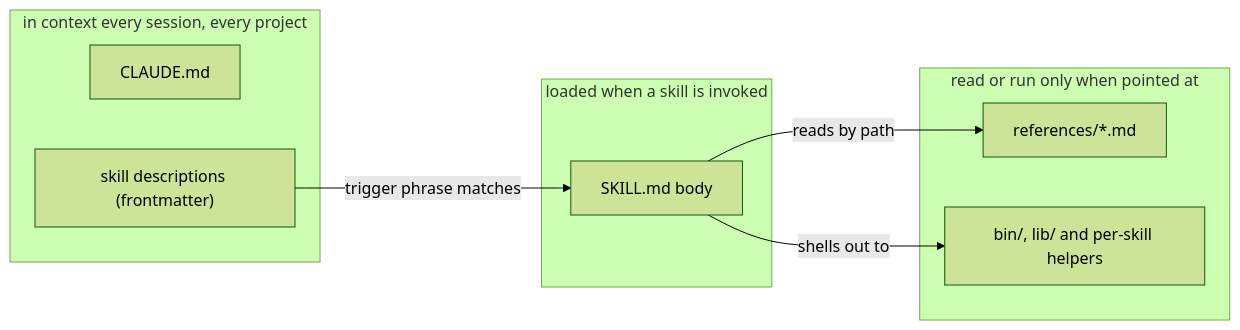
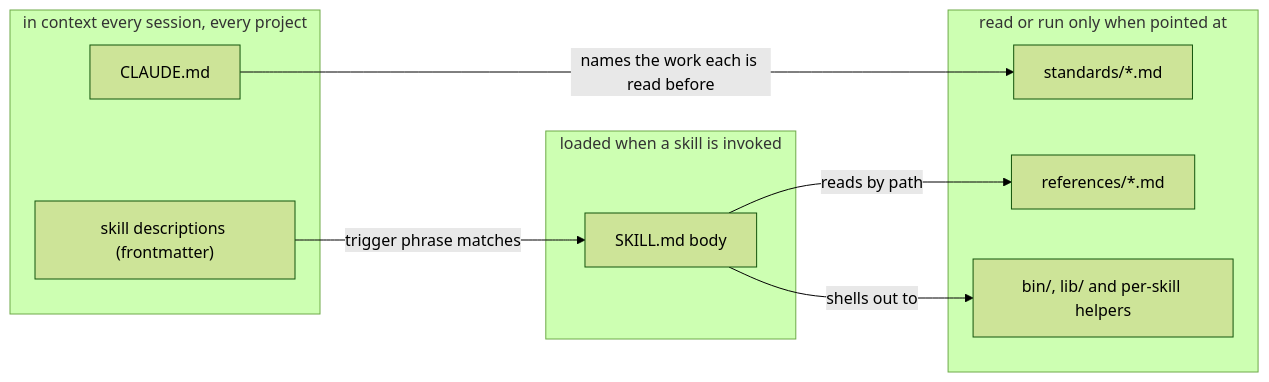
The first of 2 diagrams in docs/design.md (NicoVIII/claude-config), drawn with Mermaid (forest theme) before and after one commit. The commit also changed other lines of this file and 6 other files, not shown here.

````diff
--- a/docs/design.md
+++ b/docs/design.md
@@ -14,17 +16,19 @@
 ```mermaid
 flowchart LR
     subgraph always ["in context every session, every project"]
         CM["CLAUDE.md"]
         DESC["skill descriptions (frontmatter)"]
     end
     subgraph invoked ["loaded when a skill is invoked"]
         BODY["SKILL.md body"]
     end
     subgraph demand ["read or run only when pointed at"]
         REF["references/*.md"]
+        STD["standards/*.md"]
         BIN["bin/, lib/ and per-skill helpers"]
     end
     DESC -->|"trigger phrase matches"| BODY
     BODY -->|"reads by path"| REF
+    CM -->|"names the work each is read before"| STD
     BODY -->|"shells out to"| BIN
 ```
````
